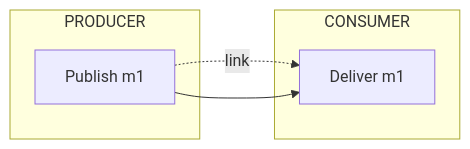
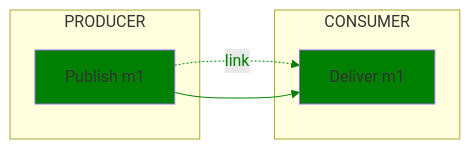
Before and after one commit to open-telemetry/oteps: the third of 13 diagrams in text/trace/0220-messaging-semantic-conventions-span-structure.md, drawn with Mermaid. The commit also changed other lines of this file, not shown here.

Commit message:
Fix mermaid colors

````diff
--- a/text/trace/0220-messaging-semantic-conventions-span-structure.md
+++ b/text/trace/0220-messaging-semantic-conventions-span-structure.md
@@ -326,11 +330,15 @@
 ```mermaid
 flowchart LR;
   subgraph PRODUCER
   PM1[Publish m1]
   end
   subgraph CONSUMER
   DM1[Deliver m1]
   end
   PM1-. link .->DM1;
   PM1-->DM1;
+
+  classDef normal fill:green
+  class PM1,DM1 normal
+  linkStyle 0,1 color:green,stroke:green
 ```
````
